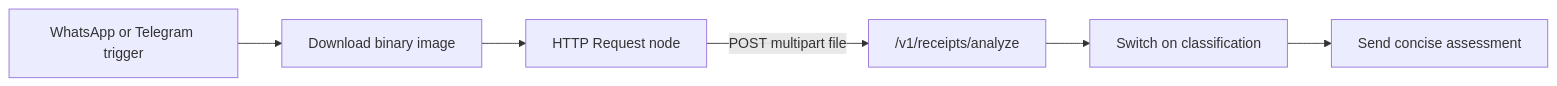
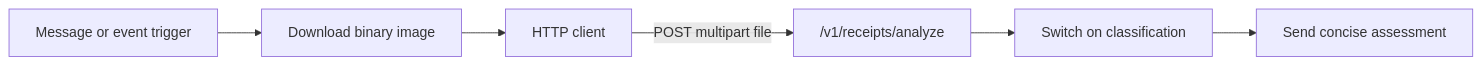
One commit to montesgp/receipt-risk-detector changed the diagram in docs/API.md. Above: the diagram before and after it, drawn with Mermaid. The commit also changed other lines of this file and 10 other files, not shown here.

````diff
--- a/docs/API.md
+++ b/docs/API.md
@@ -256,8 +258,8 @@
 ```mermaid
 flowchart LR
-    A["WhatsApp or Telegram trigger"] --> B["Download binary image"]
-    B --> C["HTTP Request node"]
+    A["Message or event trigger"] --> B["Download binary image"]
+    B --> C["HTTP client"]
     C -->|"POST multipart file"| D["/v1/receipts/analyze"]
     D --> E["Switch on classification"]
     E --> F["Send concise assessment"]
 ```
````
